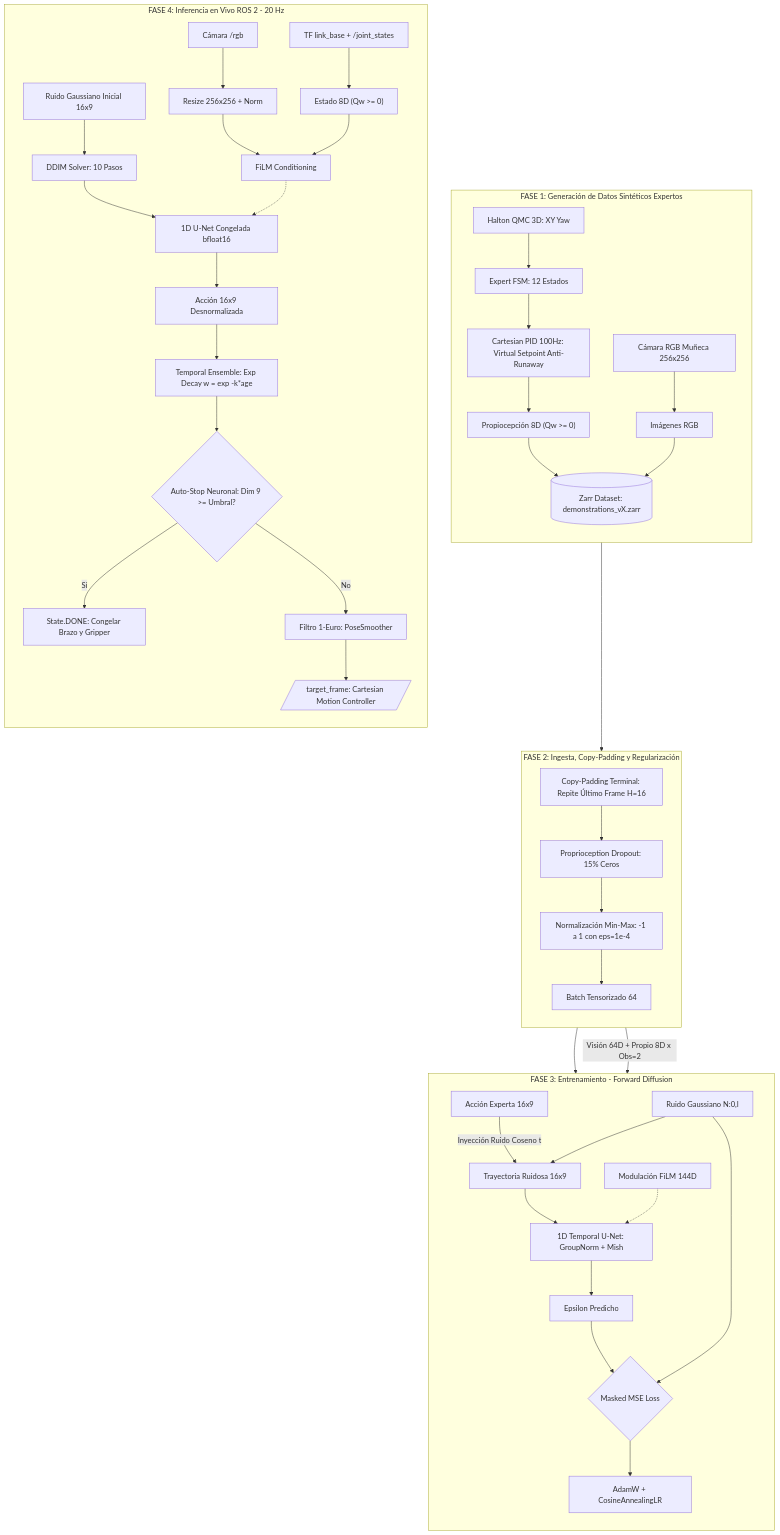
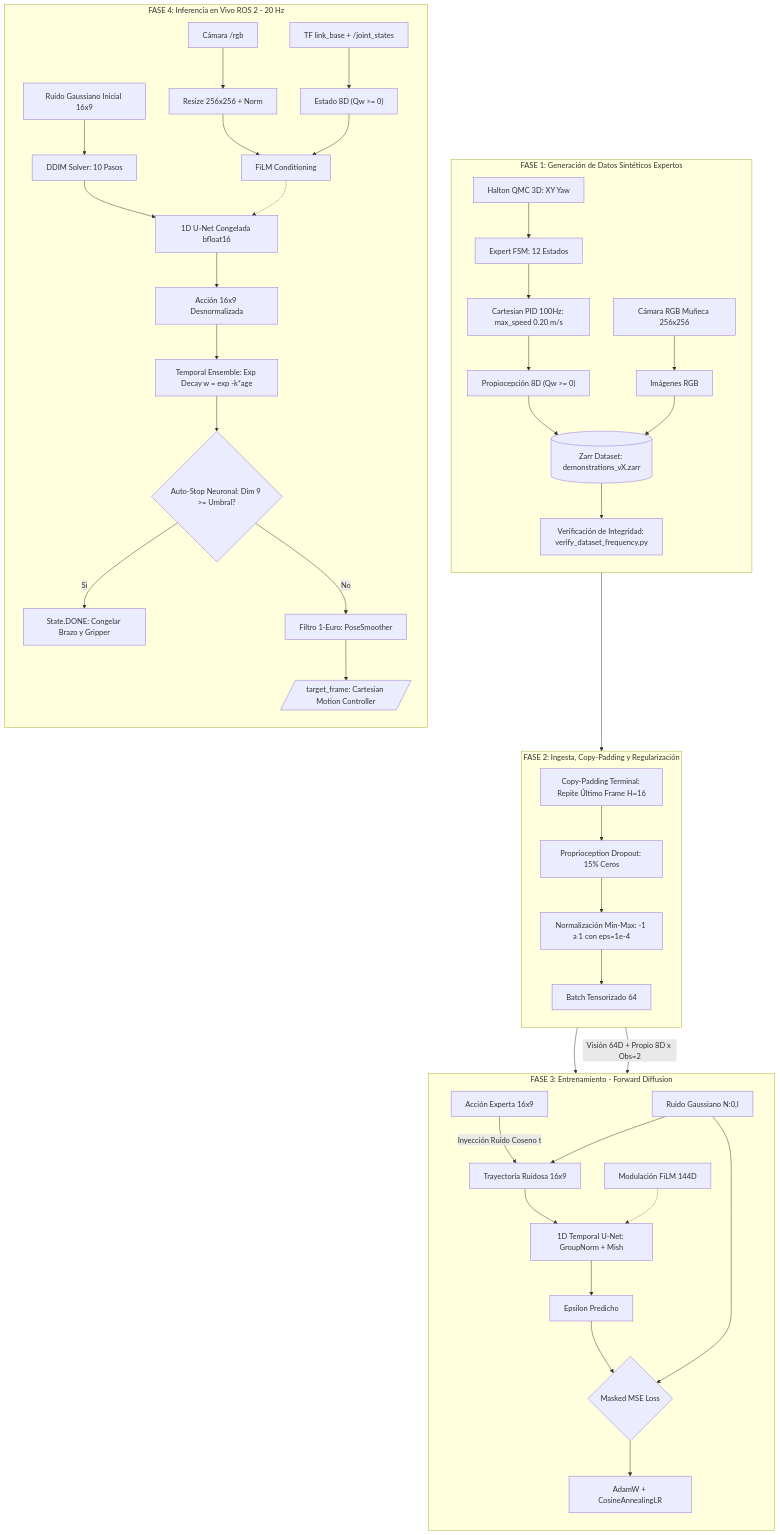
The diagram in .agents/skills/diffusion-policy-expert/SKILL.md (97hackbrian/visuomotor_ros2), drawn with Mermaid before and after one commit. The commit also changed other lines of this file and 50 other files, not shown here.

First line of the commit message:
Add dataloaders module and zarr_dataset alias for compatibility

````diff
--- a/.agents/skills/diffusion-policy-expert/SKILL.md
+++ b/.agents/skills/diffusion-policy-expert/SKILL.md
@@ -31,54 +31,55 @@
 ```mermaid
 flowchart TD
     %% --- RECOLECCIÓN DE DATOS ---
     subgraph DataGen [FASE 1: Generación de Datos Sintéticos Expertos]
         direction TB
         H[Halton QMC 3D: XY Yaw]:::math --> FSM[Expert FSM: 12 Estados]:::control
-        FSM --> PID[Cartesian PID 100Hz: Virtual Setpoint Anti-Runaway]:::control
+        FSM --> PID[Cartesian PID 100Hz: max_speed 0.20 m/s]:::control
         PID --> RobotState["Propiocepción 8D (Qw >= 0)"]:::hardware
         Cam[Cámara RGB Muñeca 256x256]:::hardware --> ImgData[Imágenes RGB]:::database
         RobotState --> ZARR[("Zarr Dataset: demonstrations_vX.zarr")]:::database
         ImgData --> ZARR
+        ZARR --> VDG[Verificación de Integridad: verify_dataset_frequency.py]:::control
     end
 
     %% --- DATALOADER & REGULARIZACIÓN ---
     subgraph DataloaderPipe [FASE 2: Ingesta, Copy-Padding y Regularización]
         direction TB
-        ZARR --> CP[Copy-Padding Terminal: Repite Último Frame H=16]:::math
+        VDG --> CP[Copy-Padding Terminal: Repite Último Frame H=16]:::math
         CP --> DropProp[Proprioception Dropout: 15% Ceros]:::math
         DropProp --> Norm[Normalización Min-Max: -1 a 1 con eps=1e-4]:::math
         Norm --> Batch[Batch Tensorizado 64]:::database
     end
 
     %% --- ENTRENAMIENTO ---
     subgraph TrainPipe [FASE 3: Entrenamiento - Forward Diffusion]
         direction TB
         Batch --> GroundTruth[Acción Experta 16x9]:::database
         RealNoise[Ruido Gaussiano N:0,I]:::database --> NoisyTraj
         GroundTruth -->|Inyección Ruido Coseno t| NoisyTraj[Trayectoria Ruidosa 16x9]:::database
         NoisyTraj --> UNET_T[1D Temporal U-Net: GroupNorm + Mish]:::neuralnet
         Batch -->|Visión 64D + Propio 8D x Obs=2| FiLMMod[Modulación FiLM 144D]:::math
         FiLMMod -.-> UNET_T
         UNET_T --> PredNoise[Epsilon Predicho]:::database
         PredNoise --> Loss{Masked MSE Loss}:::math
         RealNoise --> Loss
         Loss --> Opt[AdamW + CosineAnnealingLR]:::math
     end
 
     %% --- INFERENCIA ---
     subgraph InferPipe [FASE 4: Inferencia en Vivo ROS 2 - 20 Hz]
         direction TB
         CamLive[Cámara /rgb]:::hardware --> PrepImg[Resize 256x256 + Norm]:::math
         RobLive[TF link_base + /joint_states]:::hardware --> PrepState["Estado 8D (Qw >= 0)"]:::math
         PureNoise[Ruido Gaussiano Inicial 16x9]:::database --> DDIM[DDIM Solver: 10 Pasos]:::math
         DDIM --> UNET_I[1D U-Net Congelada bfloat16]:::neuralnet
         PrepImg & PrepState --> FiLMModLive[FiLM Conditioning]:::math
         FiLMModLive -.-> UNET_I
         UNET_I --> RawChunk[Acción 16x9 Desnormalizada]:::database
         RawChunk --> TempEns[Temporal Ensemble: Exp Decay w = exp -k*age]:::math
         TempEns --> CheckStop{Auto-Stop Neuronal: Dim 9 >= Umbral?}:::control
         CheckStop -- Sí --> Freeze[State.DONE: Congelar Brazo y Gripper]:::control
         CheckStop -- No --> Filter[Filtro 1-Euro: PoseSmoother]:::control
         Filter --> ROS2Cmd[/target_frame: Cartesian Motion Controller/]:::hardware
     end
 ```
````
